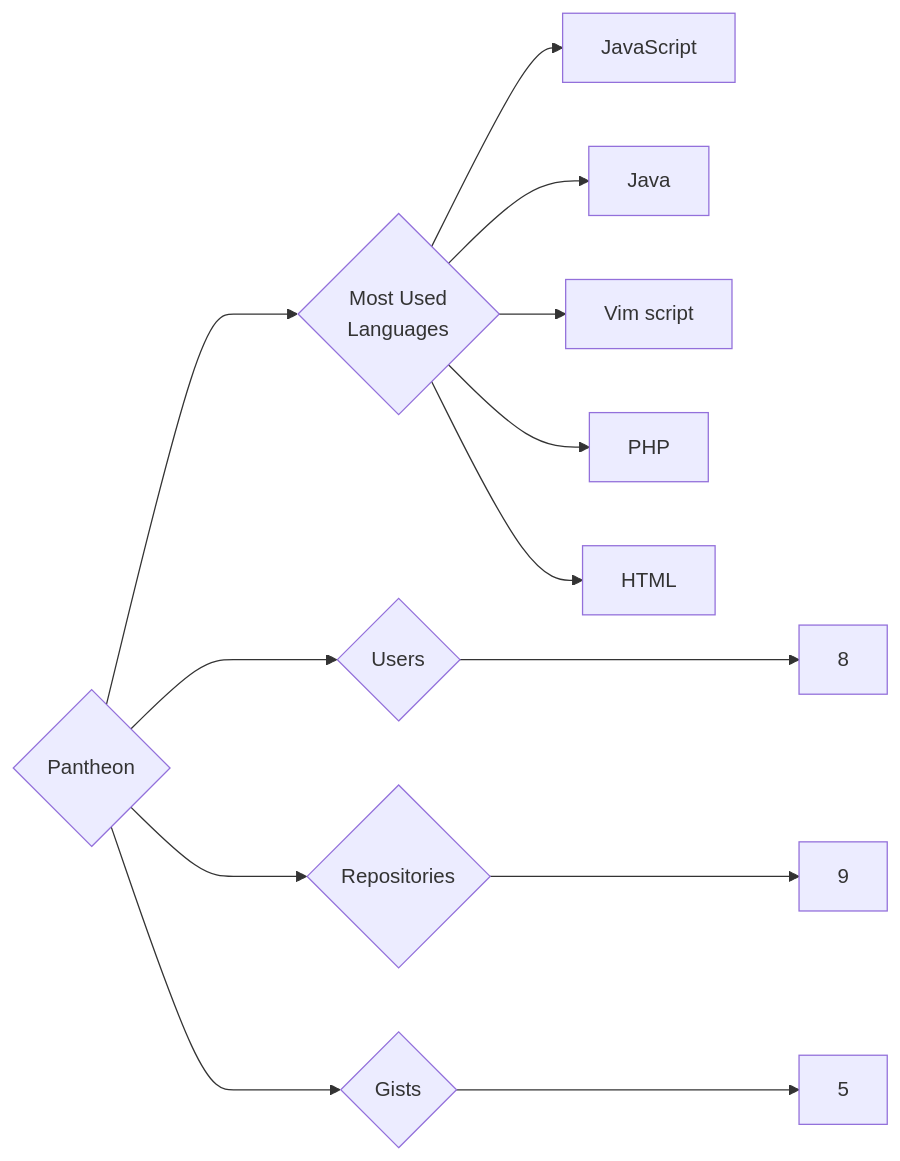
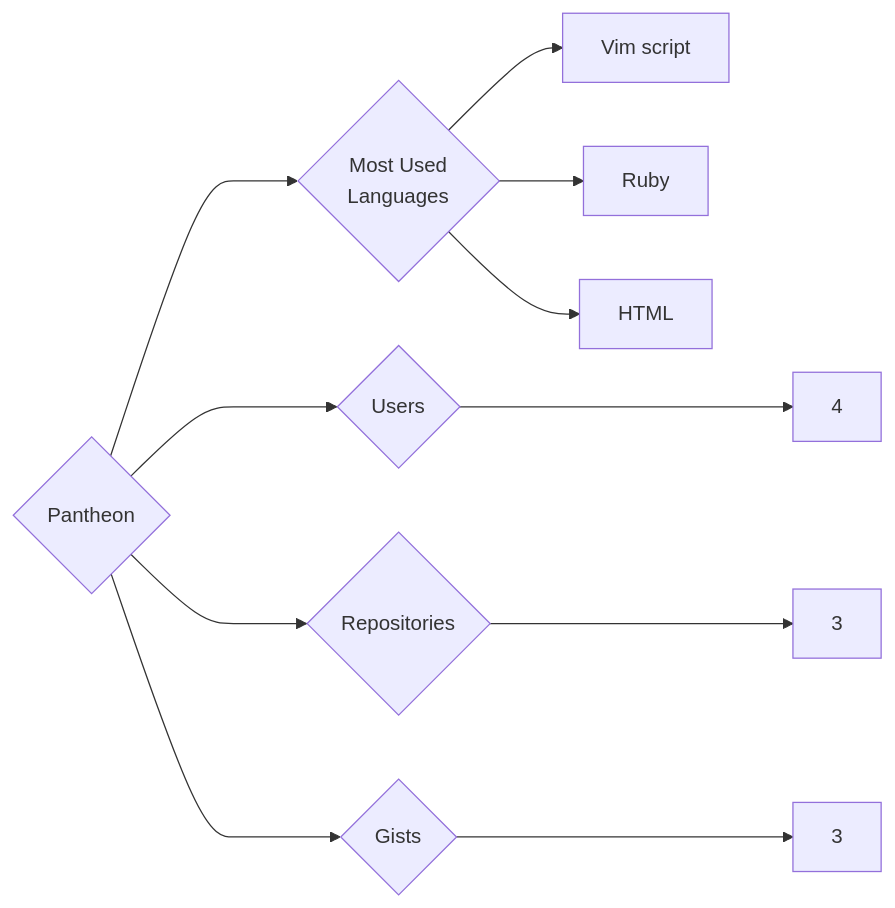
One commit to trickest/insiders changed the diagram in targets/Pantheon/README.md. Above: the diagram before and after it, drawn with Mermaid. The commit also changed 976 other files, not shown here.

````diff
--- a/targets/Pantheon/README.md
+++ b/targets/Pantheon/README.md
@@ -3,13 +3,11 @@
 ```mermaid
 graph LR
 COMPANY_NAME{Pantheon}
-COMPANY_NAME ---> U{Users} ---> UN[8]
-COMPANY_NAME ---> R{Repositories} ---> RN[9]
-COMPANY_NAME ---> G{Gists} ---> GN[5]
+COMPANY_NAME ---> U{Users} ---> UN[4]
+COMPANY_NAME ---> R{Repositories} ---> RN[3]
+COMPANY_NAME ---> G{Gists} ---> GN[3]
 COMPANY_NAME ---> ML{Most Used<br>Languages}
-ML --> JavaScript[JavaScript]
-ML --> Java[Java]
 ML --> Vim_script[Vim script]
-ML --> PHP[PHP]
+ML --> Ruby[Ruby]
 ML --> HTML[HTML]
 ```
````
